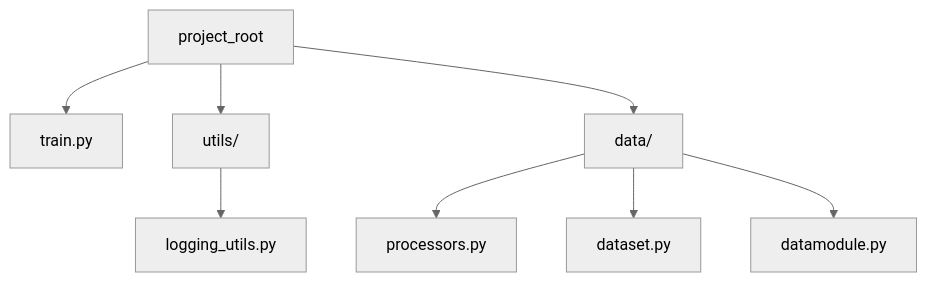
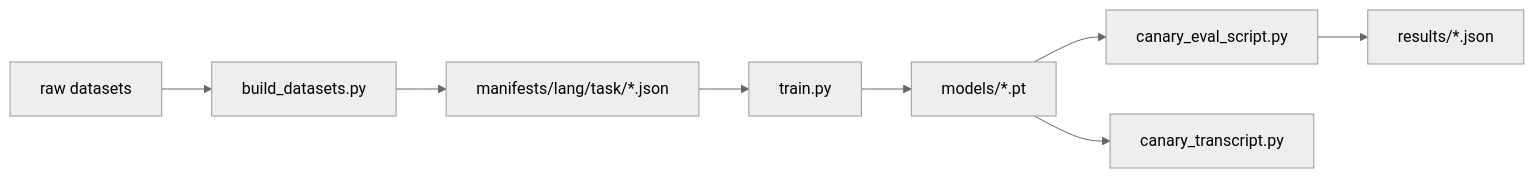
Before and after one commit to umoqnier/iwstl-low-resource-experiments: the diagram in README.md, drawn with Mermaid (neutral theme). The commit also changed other lines of this file and 2 other files, not shown here.

````diff
--- a/README.md
+++ b/README.md
@@ -13,12 +15,10 @@
 ```mermaid
-graph TD
-    root[project_root] --> train_py[train.py]
-    root --> utils_dir[utils/]
-    root --> data_dir[data/]
-    
-    utils_dir --> logging_utils_py[logging_utils.py]
-    
-    data_dir --> processors_py[processors.py]
-    data_dir --> dataset_py[dataset.py]
-    data_dir --> datamodule_py[datamodule.py]
+graph LR
+    src[raw datasets] --> build[build_datasets.py]
+    build --> manifests[manifests/lang/task/*.json]
+    manifests --> train[train.py]
+    train --> adapters[models/*.pt]
+    adapters --> eval[canary_eval_script.py]
+    eval --> results[results/*.json]
+    adapters --> submit[canary_transcript.py]
 ```
````
